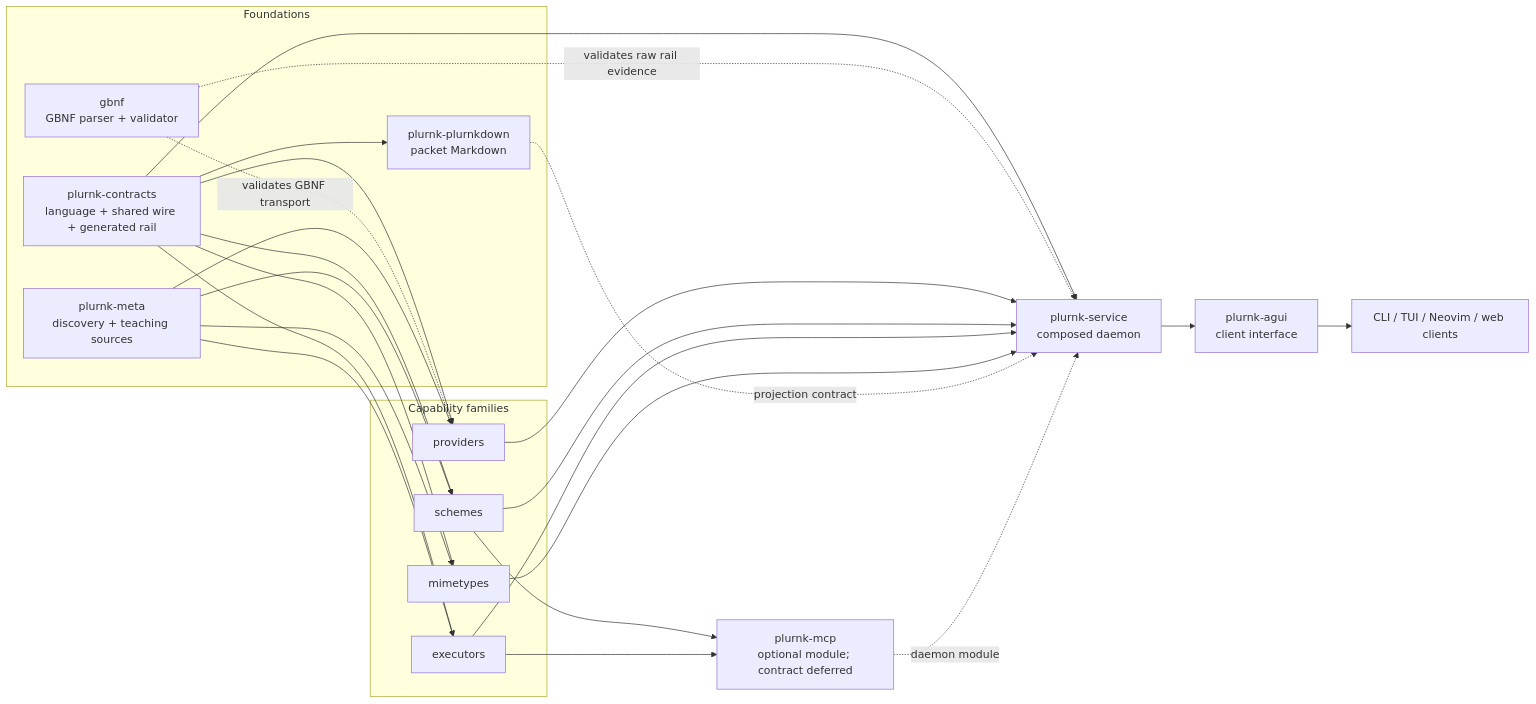
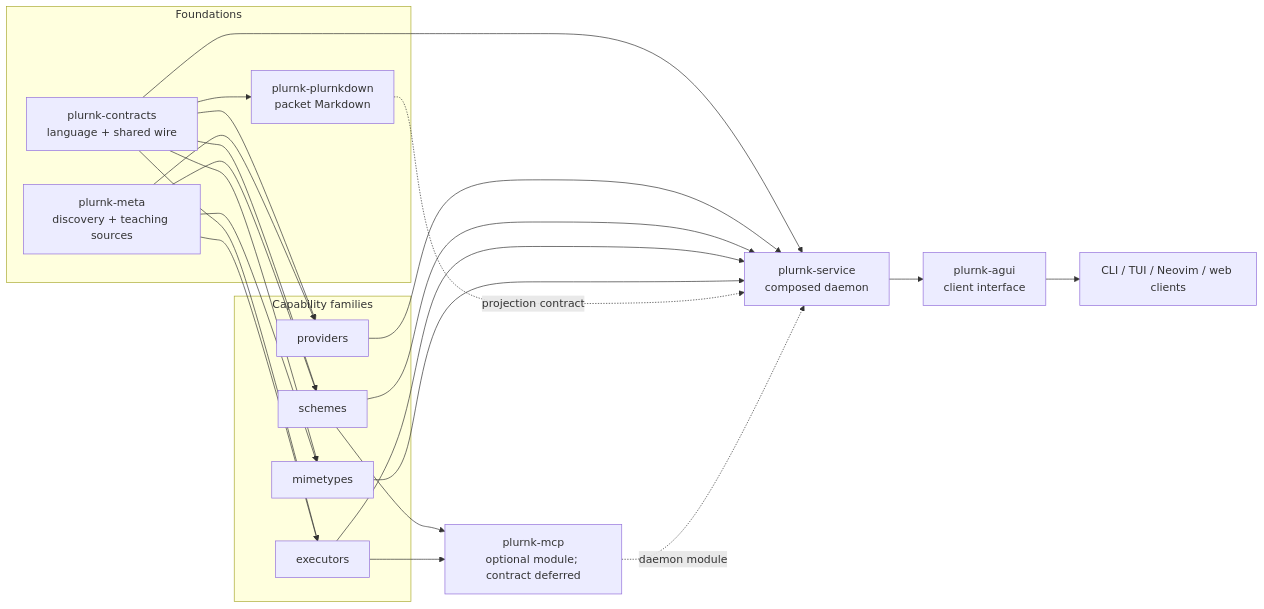
The second of 4 diagrams in ARCHITECTURE.md (plurnk/plurnk-service), drawn with Mermaid before and after one commit. The commit also changed other lines of this file and 1 other file, not shown here.

Commit message:
docs: correct architecture emphasis (#26)

````diff
--- a/ARCHITECTURE.md
+++ b/ARCHITECTURE.md
@@ -61,44 +32,41 @@
 ```mermaid
 flowchart LR
     subgraph foundation[Foundations]
-        contracts["plurnk-contracts<br/>language + shared wire + generated rail"]
-        gbnf["gbnf<br/>GBNF parser + validator"]
+        contracts["plurnk-contracts<br/>language + shared wire"]
         packet["plurnk-plurnkdown<br/>packet Markdown"]
         meta["plurnk-meta<br/>discovery + teaching sources"]
     end
 
     subgraph families[Capability families]
         providers[providers]
         schemes[schemes]
         execs[executors]
         mimetypes[mimetypes]
     end
 
     core["plurnk-service<br/>composed daemon"]
     mcp["plurnk-mcp<br/>optional module; contract deferred"]
     agui["plurnk-agui<br/>client interface"]
     clients["CLI / TUI / Neovim / web clients"]
 
     contracts --> providers
     contracts --> schemes
     contracts --> execs
     contracts --> mimetypes
     contracts --> packet
     contracts --> core
-    gbnf -. validates GBNF transport .-> providers
-    gbnf -. validates raw rail evidence .-> core
     meta --> providers
     meta --> schemes
     meta --> execs
     meta --> mimetypes
     providers --> core
     schemes --> core
     execs --> core
     mimetypes --> core
     packet -. projection contract .-> core
     schemes --> mcp
     execs --> mcp
     mcp -. daemon module .-> core
     core --> agui
     agui --> clients
 ```
````
